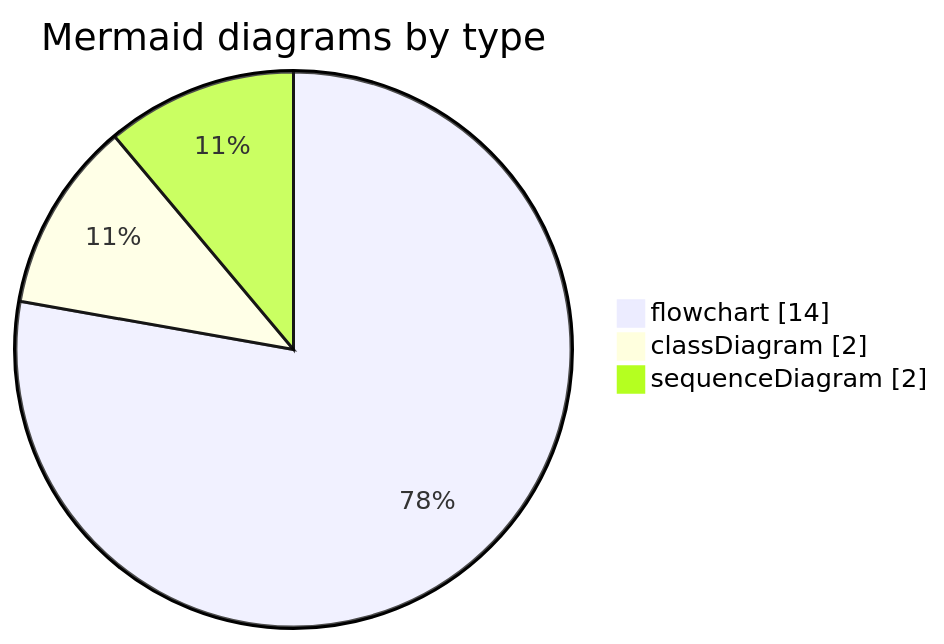
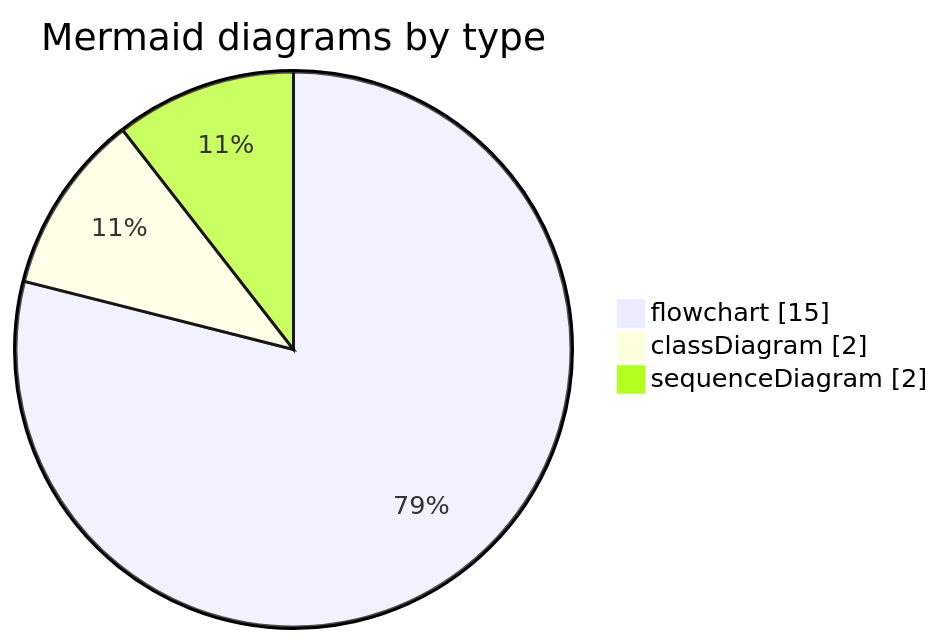
One commit to chris-piekarski/hot-iron changed the second of 2 diagrams in docs/stats.md. Above: the diagram before and after it, drawn with Mermaid. The commit also changed other lines of this file and 55 other files, not shown here.

````diff
--- a/docs/stats.md
+++ b/docs/stats.md
@@ -121,7 +122,7 @@
 ```mermaid
 pie showData
     title Mermaid diagrams by type
-    "flowchart" : 14
+    "flowchart" : 15
     "classDiagram" : 2
     "sequenceDiagram" : 2
 ```
````
